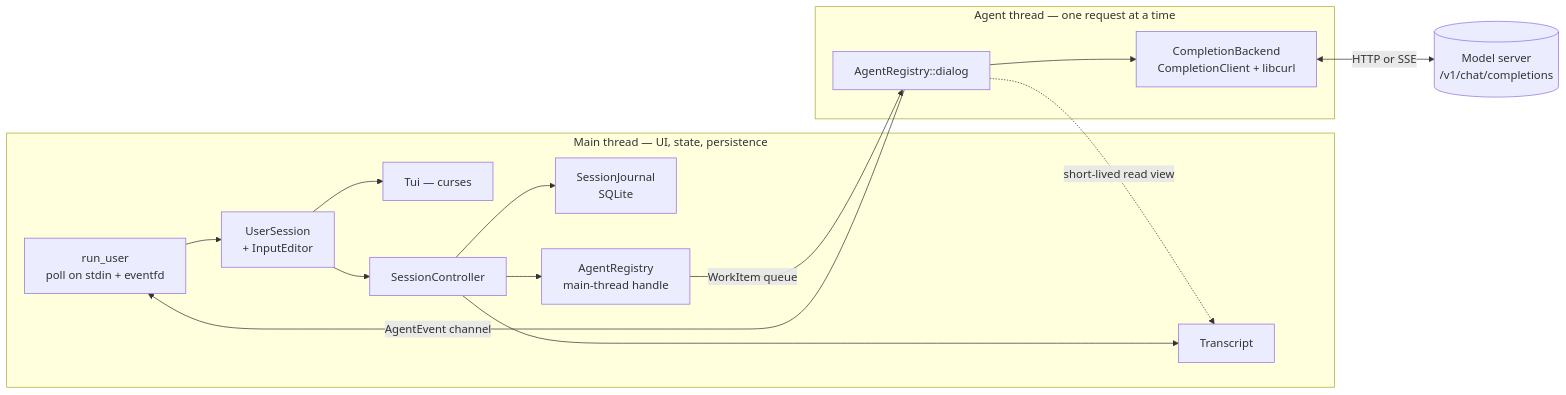
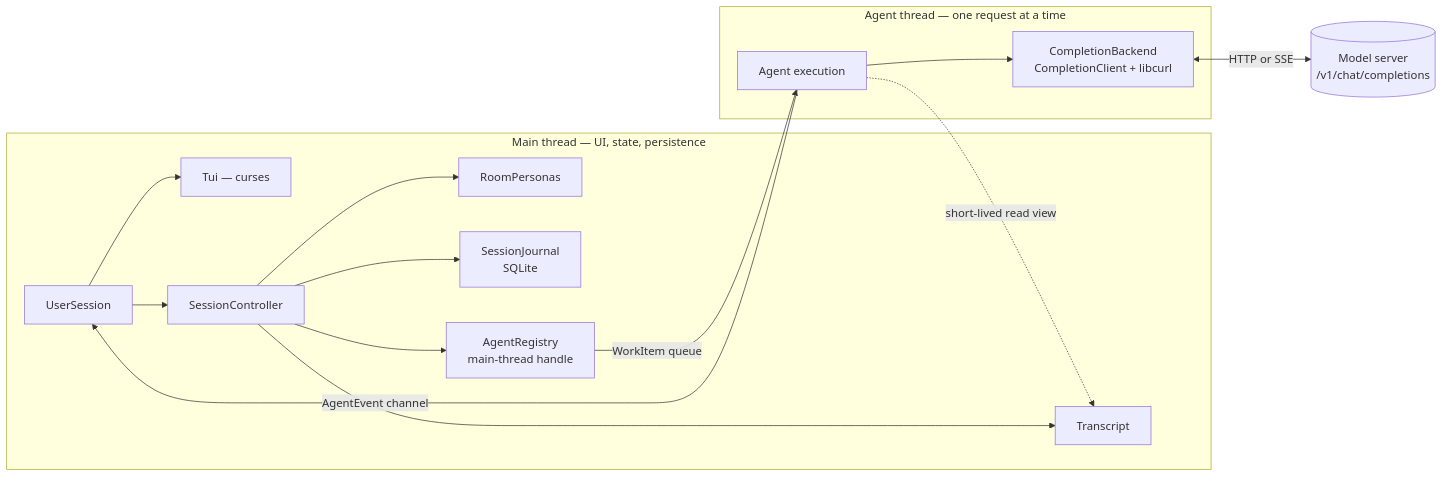
Before and after one commit to michaelpopov/cha: the first of 4 diagrams in src/README.md, drawn with Mermaid. The commit also changed other lines of this file and 39 other files, not shown here.

````diff
--- a/src/README.md
+++ b/src/README.md
@@ -83,31 +83,31 @@
 ```mermaid
 flowchart LR
     subgraph mainthread["Main thread — UI, state, persistence"]
-        loop["run_user<br/>poll on stdin + eventfd"]
-        usession["UserSession<br/>+ InputEditor"]
+        usession["UserSession"]
         tui["Tui — curses"]
         controller["SessionController"]
         conv["Transcript"]
+        personas["RoomPersonas"]
         journal["SessionJournal<br/>SQLite"]
         registry["AgentRegistry<br/>main-thread handle"]
     end
 
     subgraph agentthread["Agent thread — one request at a time"]
-        dialog["AgentRegistry::dialog"]
+        execution["Agent execution"]
         backend["CompletionBackend<br/>CompletionClient + libcurl"]
     end
 
     provider[("Model server<br/>/v1/chat/completions")]
 
-    loop --> usession
     usession --> tui
     usession --> controller
     controller --> conv
+    controller --> personas
     controller --> journal
     controller --> registry
-    registry -->|"WorkItem queue"| dialog
-    dialog --> backend
+    registry -->|"WorkItem queue"| execution
+    execution --> backend
     backend <-->|"HTTP or SSE"| provider
-    dialog -->|"AgentEvent channel"| loop
-    dialog -.->|"short-lived read view"| conv
+    execution -->|"AgentEvent channel"| usession
+    execution -.->|"short-lived read view"| conv
 ```
````
